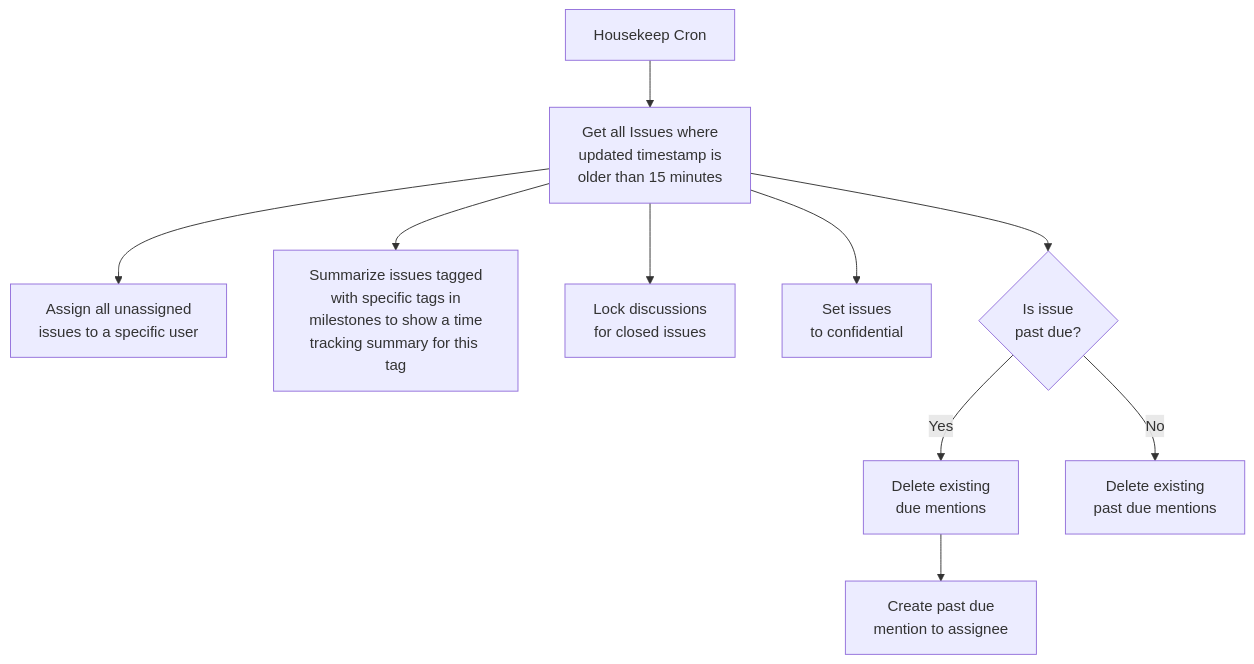
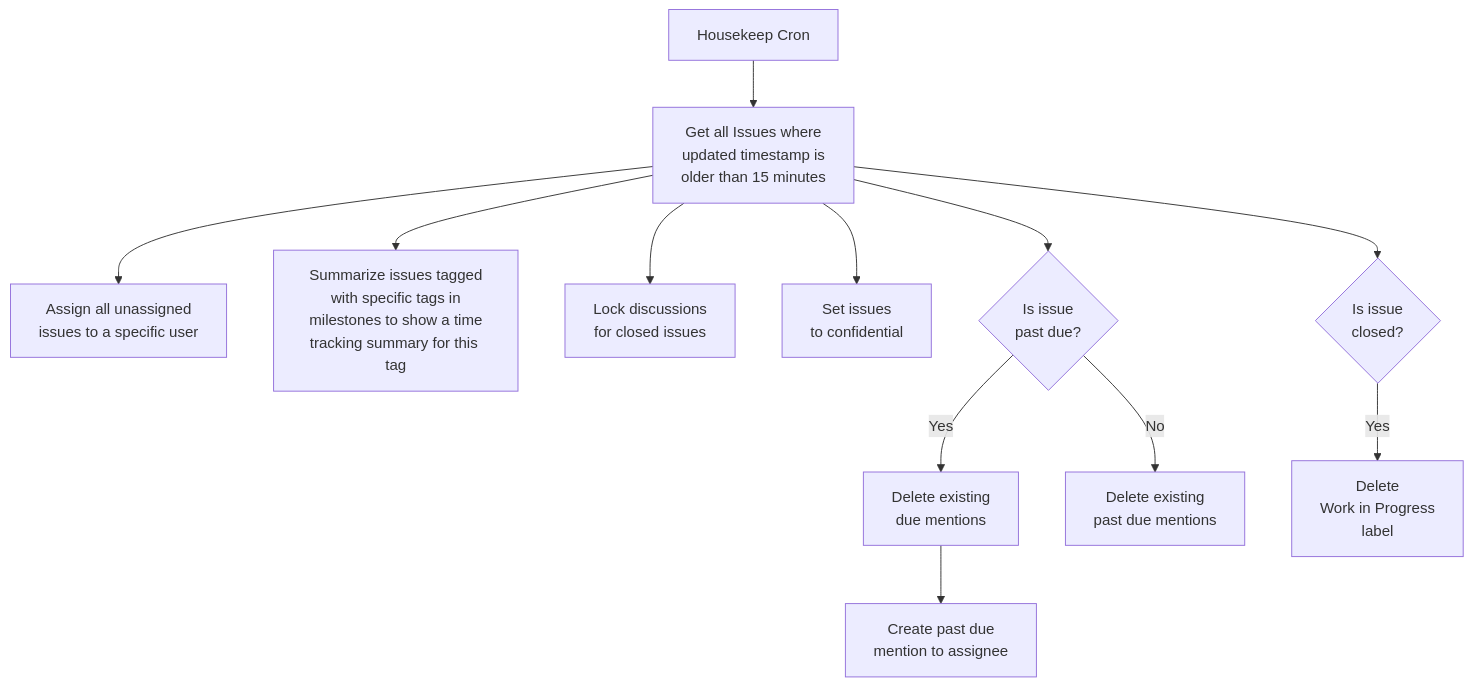
Before and after one commit to perryflynn/taskomat: the first of 2 diagrams in README.md, drawn with Mermaid. The commit also changed 1 other file, not shown here.

Commit message:
remove WiP label when issue is closed

````diff
--- a/README.md
+++ b/README.md
@@ -26,12 +26,14 @@
 ```mermaid
 graph TD
     hk[Housekeep Cron] --> issues[Get all Issues where<br>updated timestamp is<br>older than 15 minutes]
     issues --> assign[Assign all unassigned<br>issues to a specific user]
     issues --> milestone[Summarize issues tagged<br>with specific tags in<br>milestones to show a time<br>tracking summary for this tag]
     issues --> lock[Lock discussions<br>for closed issues]
     issues --> confidential[Set issues<br>to confidential]
     issues --> isdue{Is issue<br>past due?}
     isdue -->|Yes| delduemsg2[Delete existing<br>due mentions]
+    issues --> isclosed{Is issue<br>closed?}
+    isclosed -->|Yes| delwip[Delete<br>Work in Progress<br>label]
     delduemsg2 --> addue[Create past due<br>mention to assignee]
     isdue -->|No| delduemsg[Delete existing<br>past due mentions]
 ```
````
